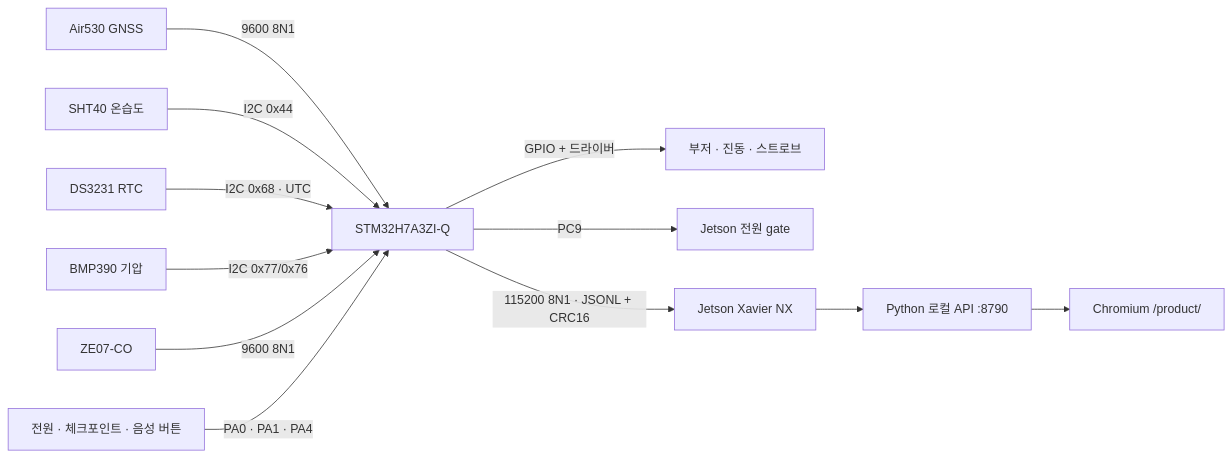
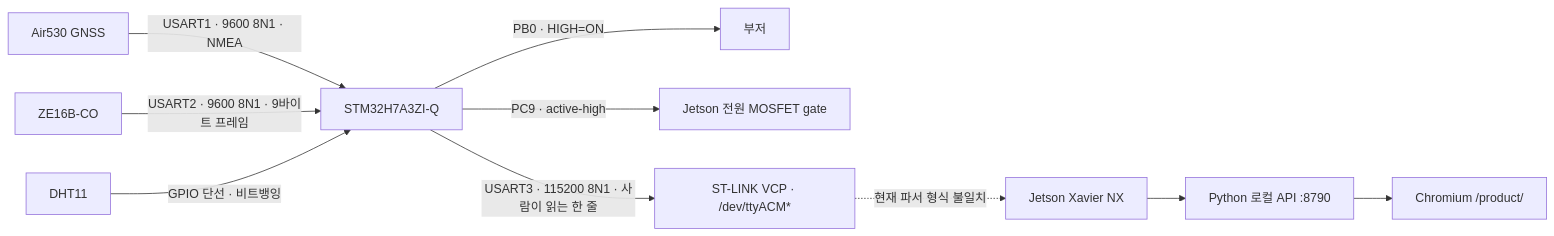
One commit to 2026-ESW-OGTECH/OGTECH-frontend changed the diagram in MAP/STM32_JETSON_SETUP.md. Above: the diagram before and after it, drawn with Mermaid. The commit also changed other lines of this file and 6 other files, not shown here.

````diff
--- a/MAP/STM32_JETSON_SETUP.md
+++ b/MAP/STM32_JETSON_SETUP.md
@@ -9,14 +42,12 @@
 ```mermaid
 flowchart LR
-  GPS["Air530 GNSS"] -->|"9600 8N1"| STM["STM32H7A3ZI-Q"]
-  SHT["SHT40 온습도"] -->|"I2C 0x44"| STM
-  RTC["DS3231 RTC"] -->|"I2C 0x68 · UTC"| STM
-  BMP["BMP390 기압"] -->|"I2C 0x77/0x76"| STM
-  CO["ZE07-CO"] -->|"9600 8N1"| STM
-  BUTTONS["전원 · 체크포인트 · 음성 버튼"] -->|"PA0 · PA1 · PA4"| STM
-  STM -->|"GPIO + 드라이버"| ALARM["부저 · 진동 · 스트로브"]
-  STM -->|"PC9"| GATE["Jetson 전원 gate"]
-  STM -->|"115200 8N1 · JSONL + CRC16"| JETSON["Jetson Xavier NX"]
+  GPS["Air530 GNSS"] -->|"USART1 · 9600 8N1 · NMEA"| STM["STM32H7A3ZI-Q"]
+  CO["ZE16B-CO"] -->|"USART2 · 9600 8N1 · 9바이트 프레임"| STM
+  DHT["DHT11"] -->|"GPIO 단선 · 비트뱅잉"| STM
+  STM -->|"PB0 · HIGH=ON"| BUZ["부저"]
+  STM -->|"PC9 · active-high"| GATE["Jetson 전원 MOSFET gate"]
+  STM -->|"USART3 · 115200 8N1 · 사람이 읽는 한 줄"| VCP["ST-LINK VCP · /dev/ttyACM*"]
+  VCP -. "현재 파서 형식 불일치" .-> JETSON["Jetson Xavier NX"]
   JETSON --> API["Python 로컬 API :8790"]
   API --> UI["Chromium /product/"]
 ```
````
